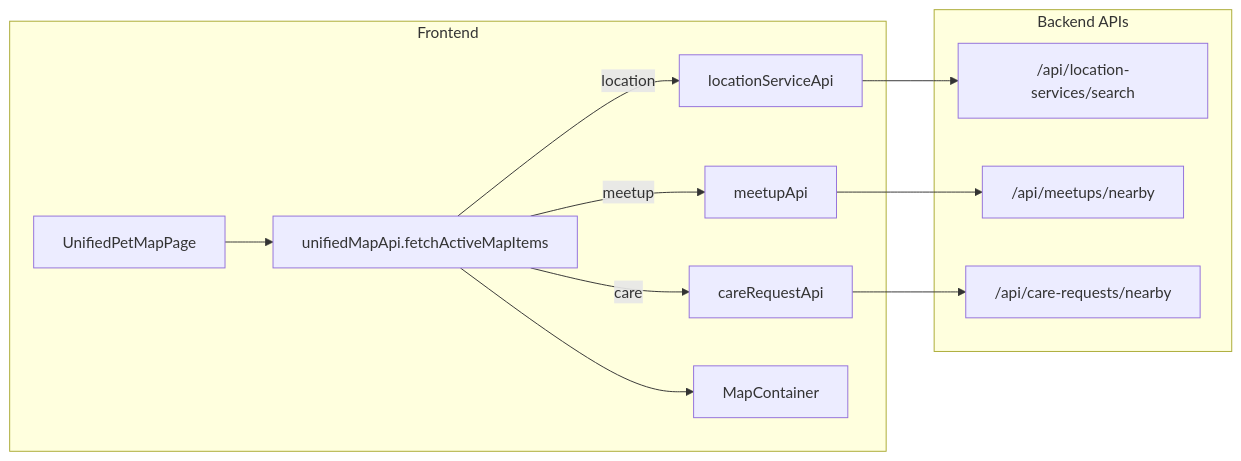
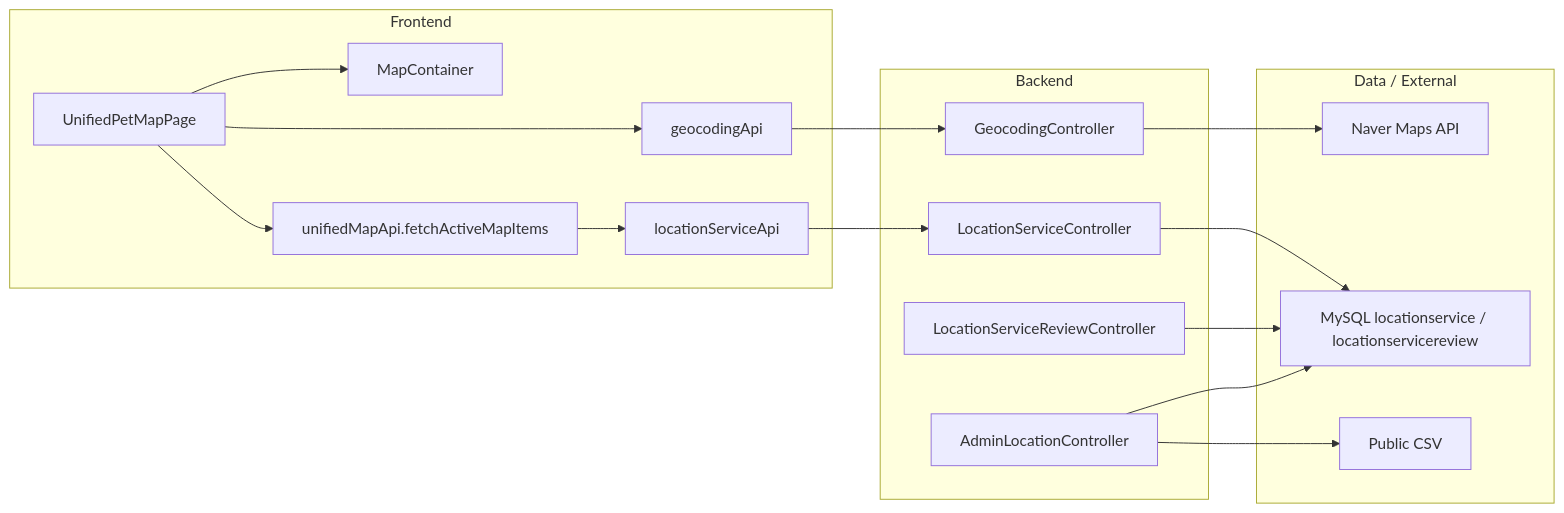
The first of 3 diagrams in docs/architecture/location/위치 기반 서비스 아키텍처.md (makkong1/Petory), drawn with Mermaid before and after one commit. The commit also changed other lines of this file and 44 other files, not shown here.

````diff
--- a/docs/architecture/location/위치 기반 서비스 아키텍처.md
+++ b/docs/architecture/location/위치 기반 서비스 아키텍처.md
@@ -99,21 +18,31 @@
 ```mermaid
 flowchart LR
   subgraph FE["Frontend"]
-    U[UnifiedPetMapPage]
-    UM[unifiedMapApi.fetchActiveMapItems]
-    LS[locationServiceApi]
-    MU[meetupApi]
-    CR[careRequestApi]
-    MC[MapContainer]
+    U["UnifiedPetMapPage"]
+    UM["unifiedMapApi.fetchActiveMapItems"]
+    LS["locationServiceApi"]
+    GEO["geocodingApi"]
+    MAP["MapContainer"]
   end
-  subgraph BE["Backend APIs"]
-    LAPI["/api/location-services/search"]
-    MAPI["/api/meetups/nearby"]
-    CAPI["/api/care-requests/nearby"]
+
+  subgraph BE["Backend"]
+    LAPI["LocationServiceController"]
+    GAPI["GeocodingController"]
+    RAPI["LocationServiceReviewController"]
+    AS["AdminLocationController"]
   end
+
+  subgraph DATA["Data / External"]
+    DB["MySQL locationservice / locationservicereview"]
+    NCP["Naver Maps API"]
+    CSV["Public CSV"]
+  end
+
   U --> UM
-  UM -->|location| LS --> LAPI
-  UM -->|meetup| MU --> MAPI
-  UM -->|care| CR --> CAPI
-  UM --> MC
+  UM --> LS --> LAPI --> DB
+  U --> GEO --> GAPI --> NCP
+  U --> MAP
+  RAPI --> DB
+  AS --> CSV
+  AS --> DB
 ```
````
